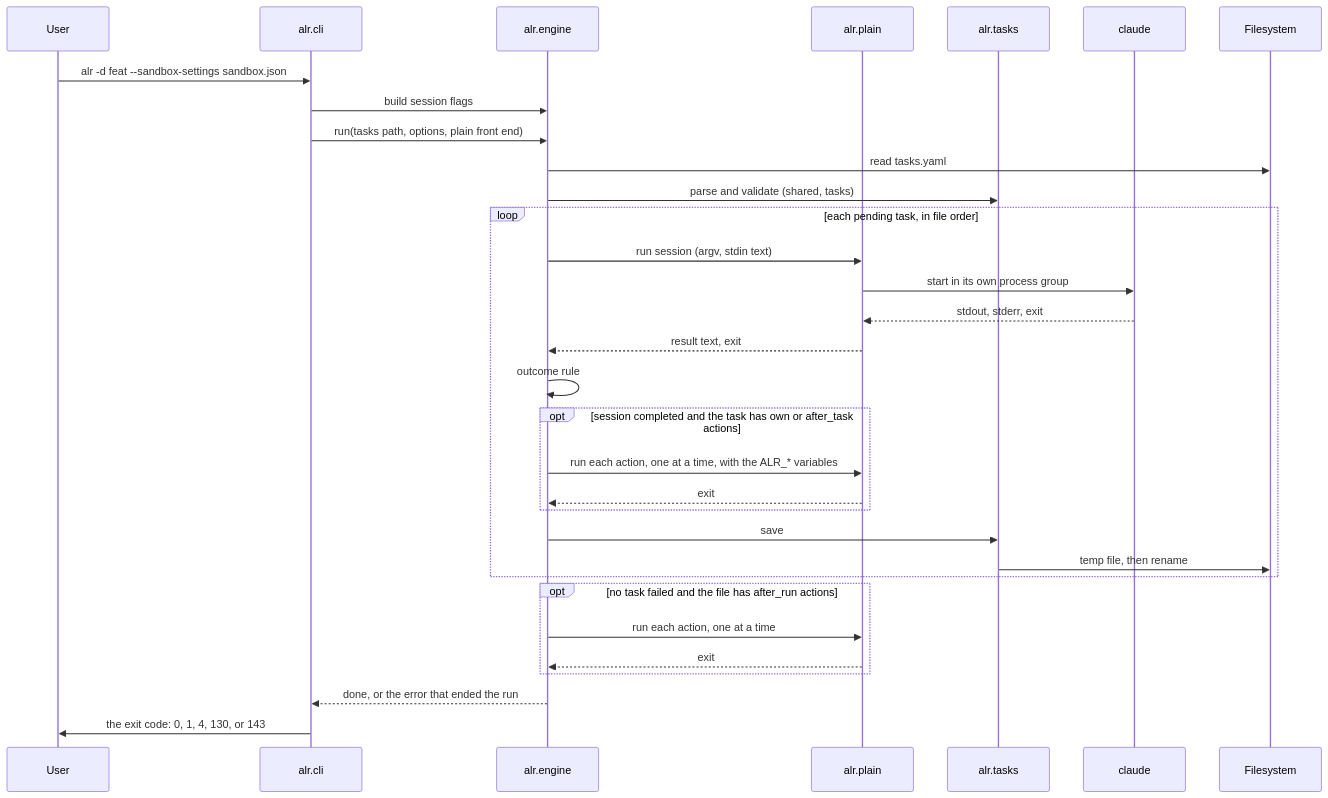
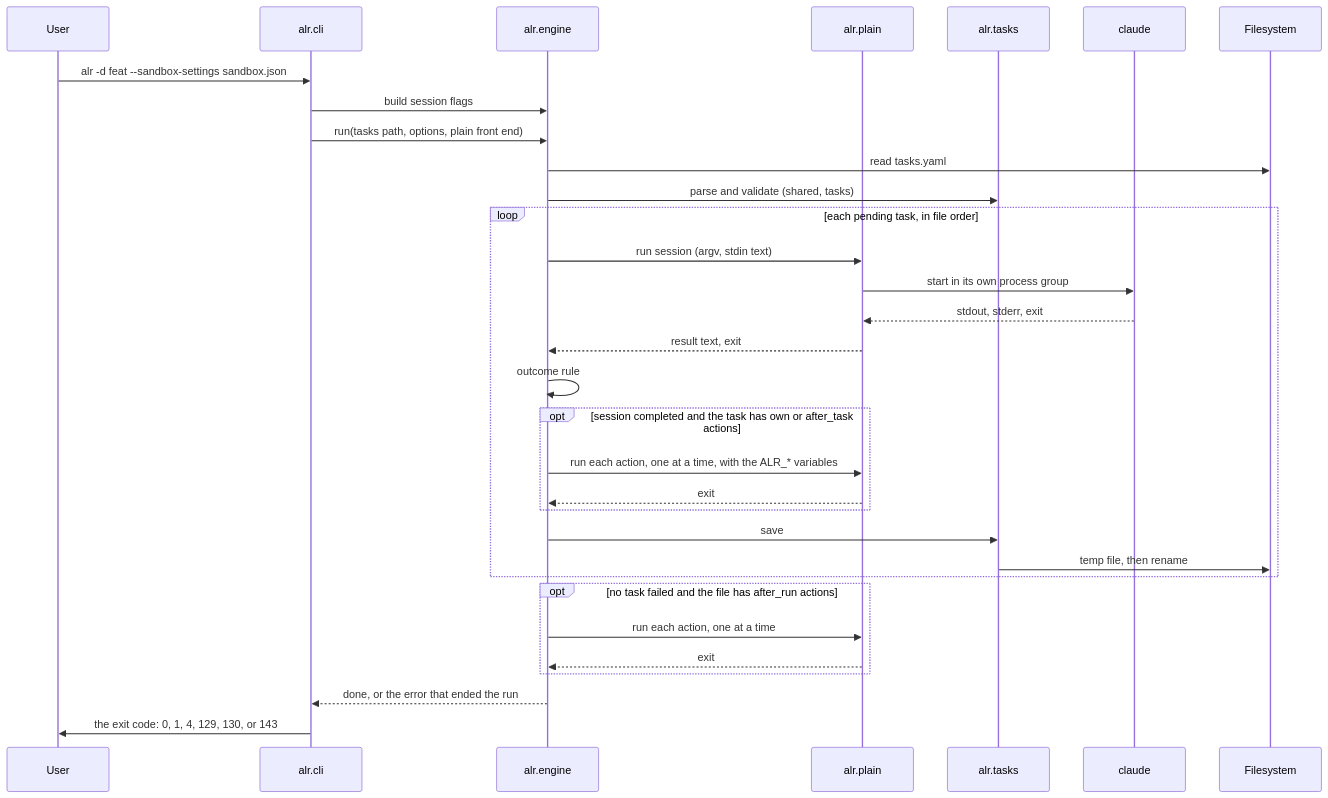
Before and after one commit to twistingmercury/agentic_loop_runner: the third of 5 diagrams in docs/design/03_system_architecture.md, drawn with Mermaid. The commit also changed other lines of this file and 12 other files, not shown here.

````diff
--- a/docs/design/03_system_architecture.md
+++ b/docs/design/03_system_architecture.md
@@ -453,35 +454,35 @@
 ```mermaid
 %%{init: {"themeVariables": {"actorTextColor": "#000000"}}}%%
 sequenceDiagram
     participant User
     participant CLI as alr.cli
     participant Engine as alr.engine
     participant Plain as alr.plain
     participant Tasks as alr.tasks
     participant Claude as claude
     participant FS as Filesystem
     User ->> CLI: alr -d feat --sandbox-settings sandbox.json
     CLI ->> Engine: build session flags
     CLI ->> Engine: run(tasks path, options, plain front end)
     Engine ->> FS: read tasks.yaml
     Engine ->> Tasks: parse and validate (shared, tasks)
     loop each pending task, in file order
         Engine ->> Plain: run session (argv, stdin text)
         Plain ->> Claude: start in its own process group
         Claude -->> Plain: stdout, stderr, exit
         Plain -->> Engine: result text, exit
         Engine ->> Engine: outcome rule
         opt session completed and the task has own or after_task actions
             Engine ->> Plain: run each action, one at a time, with the ALR_* variables
             Plain -->> Engine: exit
         end
         Engine ->> Tasks: save
         Tasks ->> FS: temp file, then rename
     end
     opt no task failed and the file has after_run actions
         Engine ->> Plain: run each action, one at a time
         Plain -->> Engine: exit
     end
     Engine -->> CLI: done, or the error that ended the run
-    CLI ->> User: the exit code: 0, 1, 4, 130, or 143
+    CLI ->> User: the exit code: 0, 1, 4, 129, 130, or 143
 ```
````
